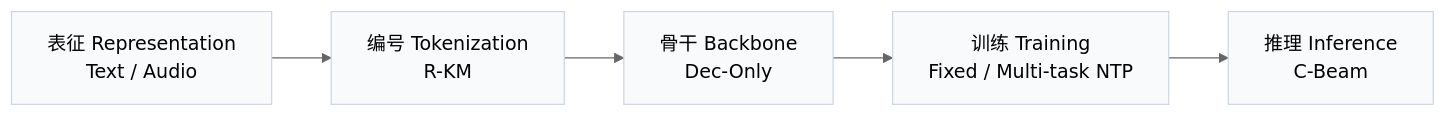
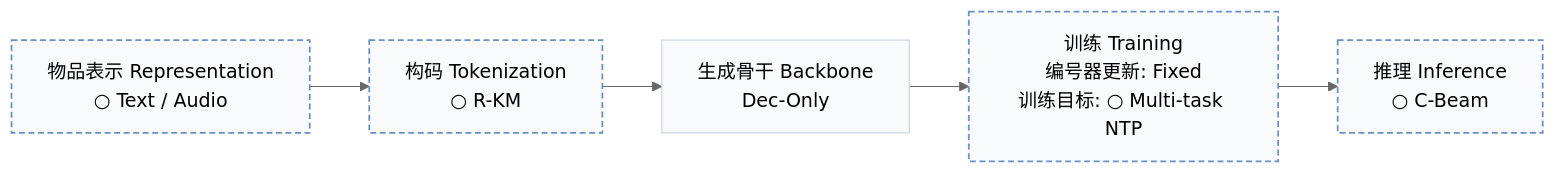
One commit to Galaxy-ghost/Awesome-SID-Generative-Rec changed the first of 2 diagrams in pages/zh/papers/neo.md. Above: the diagram before and after it, drawn with Mermaid (neutral theme). The commit also changed other lines of this file and 558 other files, not shown here.

````diff
--- a/pages/zh/papers/neo.md
+++ b/pages/zh/papers/neo.md
@@ -15,6 +19,8 @@
 ```mermaid
 flowchart LR
-    R["表征 Representation<br/>Text / Audio"] --> T["编号 Tokenization<br/>R-KM"] --> B["骨干 Backbone<br/>Dec-Only"] --> TR["训练 Training<br/>Fixed / Multi-task NTP"] --> I["推理 Inference<br/>C-Beam"]
+    R["物品表示 Representation<br/>○ Text / Audio"] --> T["构码 Tokenization<br/>○ R-KM"] --> B["生成骨干 Backbone<br/>Dec-Only"] --> TR["训练 Training<br/>编号器更新: Fixed<br/>训练目标: ○ Multi-task NTP"] --> I["推理 Inference<br/>○ C-Beam"]
     classDef base fill:#f8fafc,stroke:#cbd5e1
     class R,T,B,TR,I base
+    classDef other fill:#f8fafc,stroke:#6b8fc7,stroke-width:1.5px,stroke-dasharray:5 3
+    class R,T,TR,I other
 ```
````
